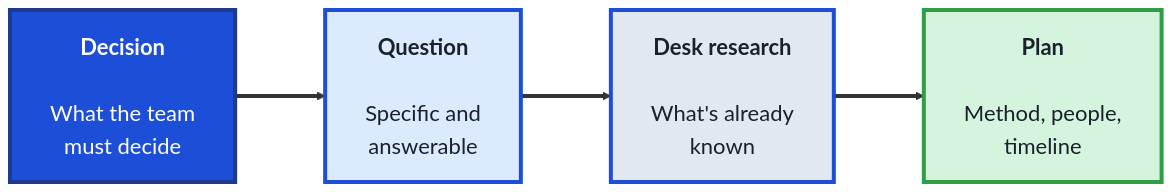
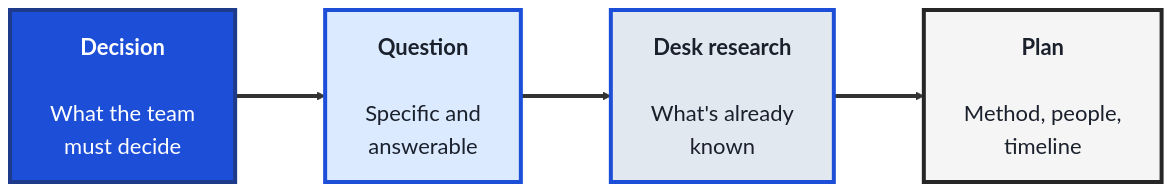
One commit to SHEMODELTECH/shemodeltech changed the first of 3 diagrams in src/Pages/courses/TechLeads/module-5-research-for-tech-teams.md. Above: the diagram before and after it, drawn with Mermaid. The commit also changed other lines of this file and 46 other files, not shown here.

````diff
--- a/src/Pages/courses/TechLeads/module-5-research-for-tech-teams.md
+++ b/src/Pages/courses/TechLeads/module-5-research-for-tech-teams.md
@@ -22,16 +22,16 @@
 ```mermaid
 %%{init: {'theme':'base', 'themeVariables': {'fontSize':'22px', 'primaryTextColor':'#1a202c', 'primaryBorderColor':'#1d4ed8', 'lineColor':'#333333'}, 'flowchart': {'nodeSpacing': 70, 'rankSpacing': 90, 'padding': 20}}}%%
 flowchart LR
     DEC["<b>Decision</b><br/><br/>What the team<br/>must decide"]
     Q["<b>Question</b><br/><br/>Specific and<br/>answerable"]
     DESK["<b>Desk research</b><br/><br/>What's already<br/>known"]
     PLAN["<b>Plan</b><br/><br/>Method, people,<br/>timeline"]
 
     DEC ==> Q ==> DESK ==> PLAN
 
     style DEC fill:#1d4ed8,color:#fff,stroke:#1e3a8a,stroke-width:4px
     style Q fill:#dbeafe,color:#1a202c,stroke:#1d4ed8,stroke-width:4px
     style DESK fill:#e2e8f0,color:#1a202c,stroke:#1d4ed8,stroke-width:4px
-    style PLAN fill:#d4f4dd,color:#1a202c,stroke:#2f9e44,stroke-width:4px
+    style PLAN fill:#F5F5F5,color:#1a202c,stroke:#262626,stroke-width:4px
     linkStyle default stroke-width:4px,stroke:#333333
 ```
````
